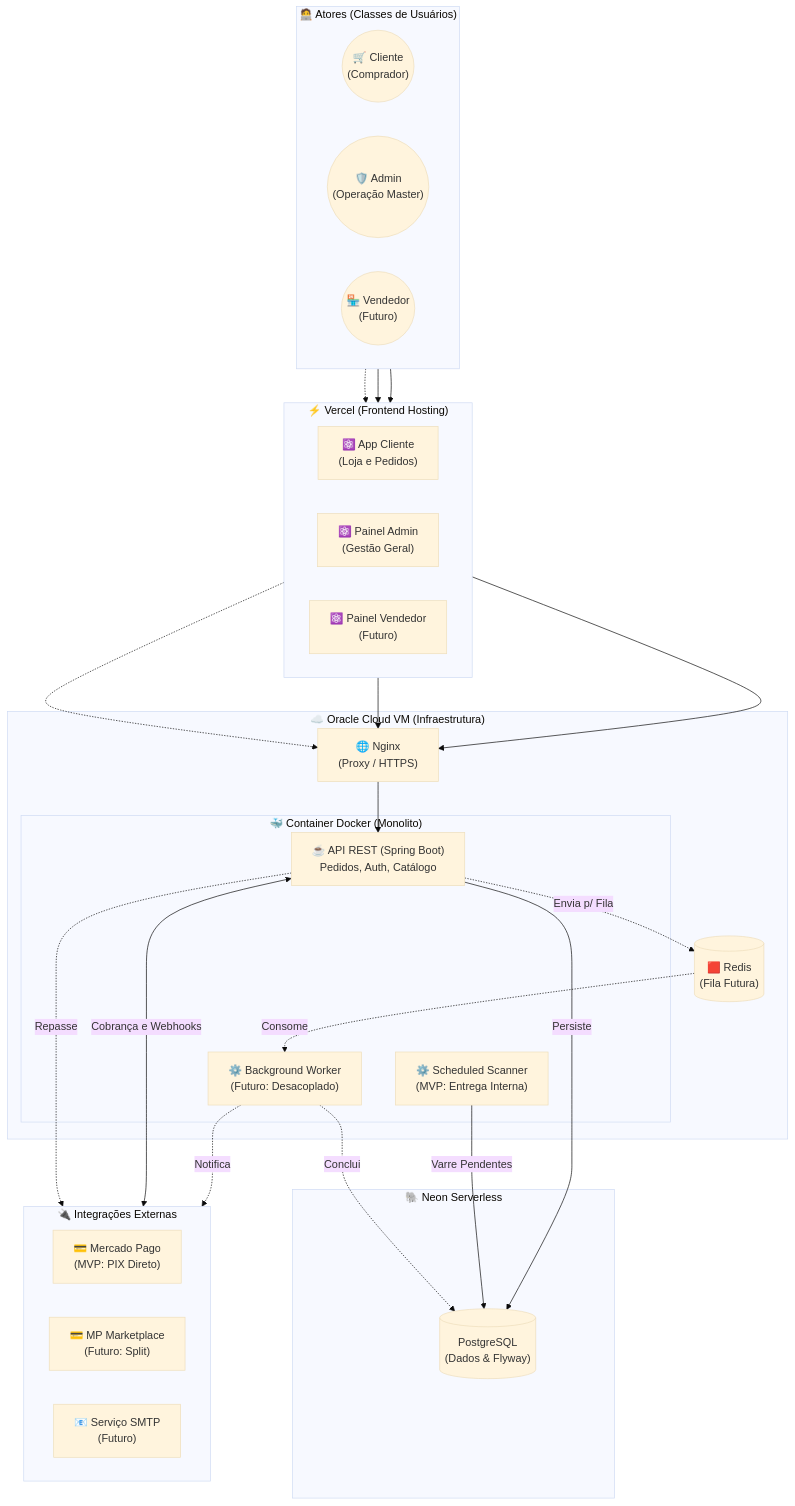
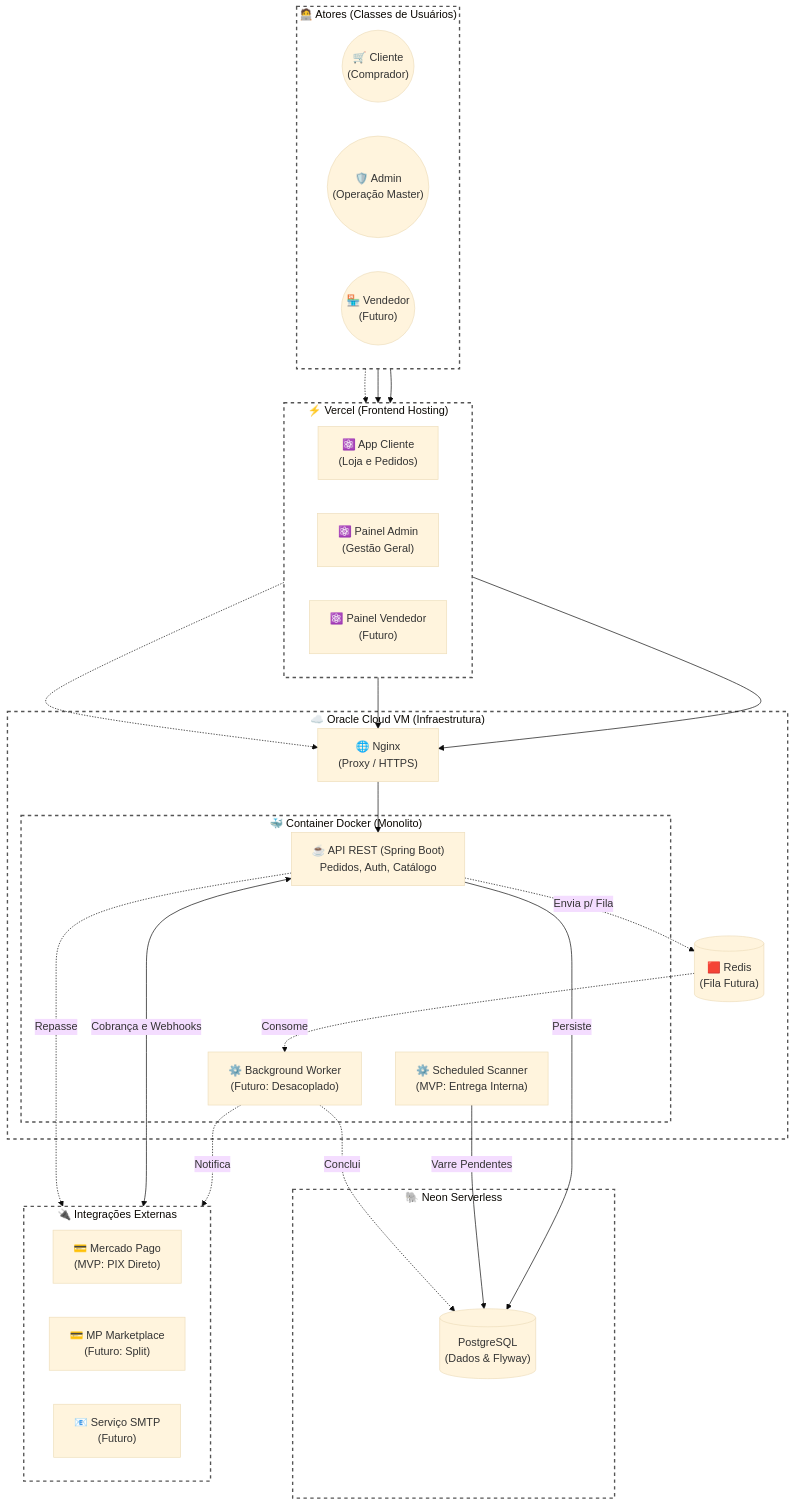
One commit to CelioPedro/ThePirate changed the diagram in docs/architecture.md. Above: the diagram before and after it, drawn with Mermaid (base theme).

Commit message:
docs: remove fundo cinza dos blocos do diagrama Mermaid

````diff
--- a/docs/architecture.md
+++ b/docs/architecture.md
@@ -7,66 +7,74 @@
 ```mermaid
 flowchart TD
     %% ATORES
     subgraph Users ["🧑‍💻 Atores (Classes de Usuários)"]
         direction LR
         Buyer(("🛒 Cliente\n(Comprador)"))
         Admin(("🛡️ Admin\n(Operação Master)"))
         Seller(("🏪 Vendedor\n(Futuro)"))
     end
 
     %% FRONTEND
     subgraph Vercel ["⚡ Vercel (Frontend Hosting)"]
         direction LR
         UI_Buyer["⚛️ App Cliente\n(Loja e Pedidos)"]
         UI_Admin["⚛️ Painel Admin\n(Gestão Geral)"]
         UI_Seller["⚛️ Painel Vendedor\n(Futuro)"]
     end
 
     %% BACKEND & INFRA
     subgraph OracleVM ["☁️ Oracle Cloud VM (Infraestrutura)"]
         Nginx["🌐 Nginx\n(Proxy / HTTPS)"]
         
         subgraph Docker ["🐳 Container Docker (Monolito)"]
             API["☕ API REST (Spring Boot)\nPedidos, Auth, Catálogo"]
             Scanner["⚙️ Scheduled Scanner\n(MVP: Entrega Interna)"]
             Worker["⚙️ Background Worker\n(Futuro: Desacoplado)"]
         end
         
         Redis[("🟥 Redis\n(Fila Futura)")]
     end
 
     %% DADOS
     subgraph Data ["🐘 Neon Serverless"]
         DB[("PostgreSQL\n(Dados & Flyway)")]
     end
 
     %% INTEGRAÇÕES
     subgraph Integrations ["🔌 Integrações Externas"]
         direction LR
         MercadoPago["💳 Mercado Pago\n(MVP: PIX Direto)"]
         MPSplit["💳 MP Marketplace\n(Futuro: Split)"]
         Email["📧 Serviço SMTP\n(Futuro)"]
     end
 
     %% FLUXOS E RELACIONAMENTOS
     Buyer --> UI_Buyer
     Admin --> UI_Admin
     Seller -.-> UI_Seller
     
     UI_Buyer --> Nginx
     UI_Admin --> Nginx
     UI_Seller -.-> Nginx
     
     Nginx --> API
     
     API -->|Persiste| DB
     Scanner -->|Varre Pendentes| DB
     
     API -.->|Envia p/ Fila| Redis
     Redis -.->|Consome| Worker
     Worker -.->|Conclui| DB
     Worker -.->|Notifica| Email
     
     API <-->|Cobrança e Webhooks| MercadoPago
     API -.->|Repasse| MPSplit
+
+    %% ESTILOS (Fundo transparente)
+    style Users fill:transparent,stroke:#555,stroke-width:2px,stroke-dasharray: 5 5
+    style Vercel fill:transparent,stroke:#555,stroke-width:2px,stroke-dasharray: 5 5
+    style OracleVM fill:transparent,stroke:#555,stroke-width:2px,stroke-dasharray: 5 5
+    style Docker fill:transparent,stroke:#555,stroke-width:2px,stroke-dasharray: 5 5
+    style Data fill:transparent,stroke:#555,stroke-width:2px,stroke-dasharray: 5 5
+    style Integrations fill:transparent,stroke:#555,stroke-width:2px,stroke-dasharray: 5 5
 ```
````
